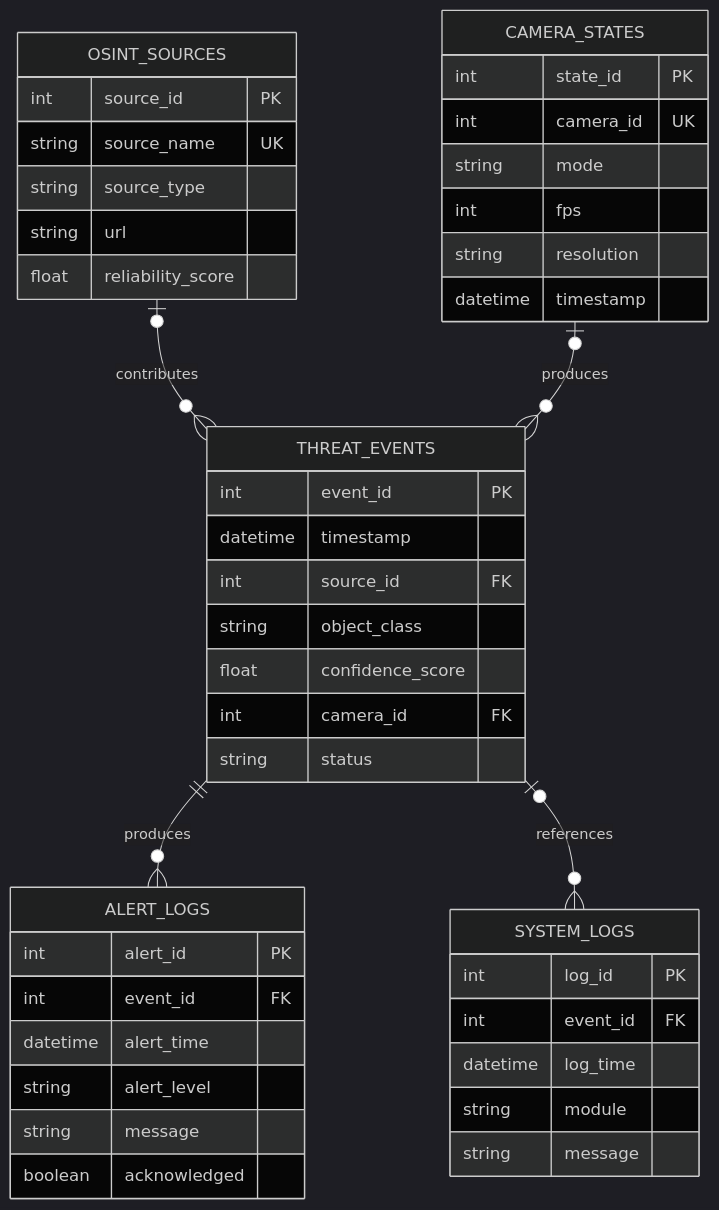
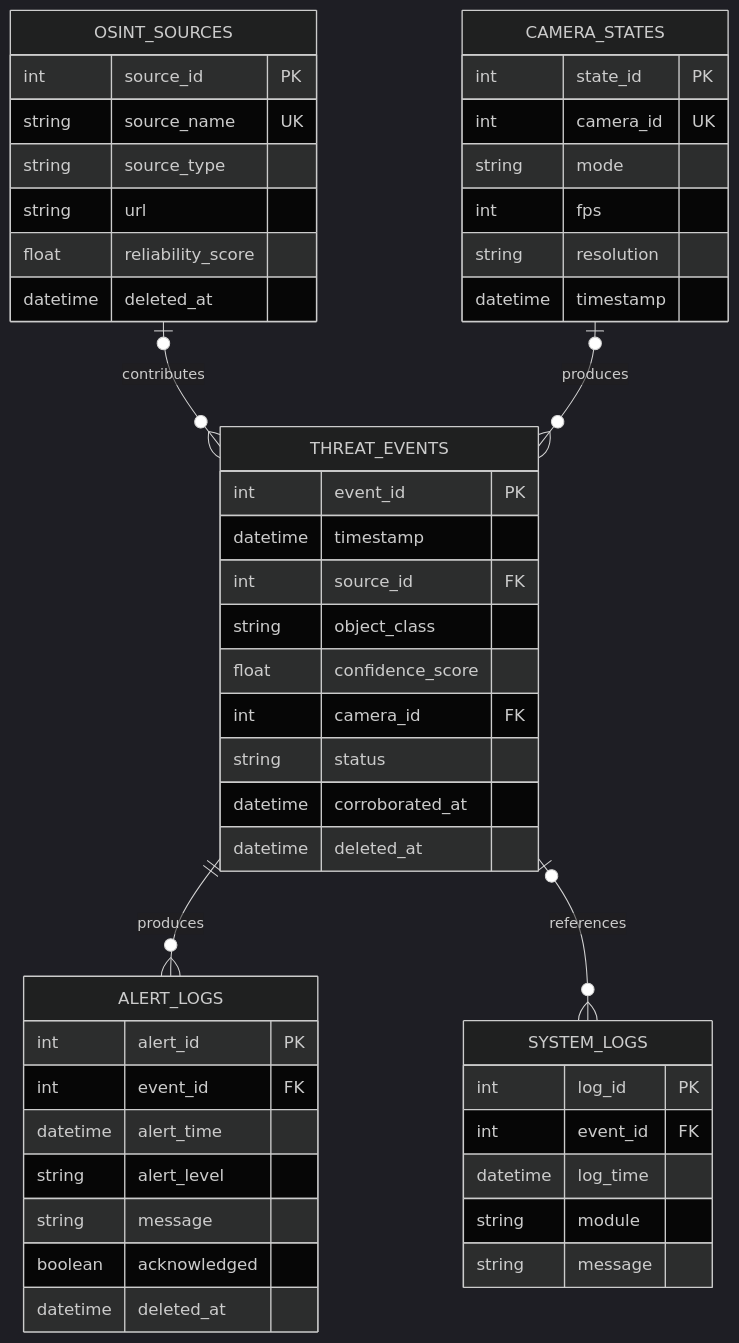
The diagram in backend/DATABASE_DESIGN.md (aimanahmed495-max/ProjectHeimdall), drawn with Mermaid (dark theme) before and after one commit. The commit also changed other lines of this file and 7 other files, not shown here.

````diff
--- a/backend/DATABASE_DESIGN.md
+++ b/backend/DATABASE_DESIGN.md
@@ -11,51 +11,56 @@
 ```mermaid
 erDiagram
     OSINT_SOURCES o|--o{ THREAT_EVENTS : contributes
     CAMERA_STATES o|--o{ THREAT_EVENTS : produces
     THREAT_EVENTS ||--o{ ALERT_LOGS : produces
     THREAT_EVENTS o|--o{ SYSTEM_LOGS : references
 
+
     OSINT_SOURCES {
         int source_id PK
         string source_name UK
         string source_type
         string url
         float reliability_score
+        datetime deleted_at
     }
 
     CAMERA_STATES {
         int state_id PK
         int camera_id UK
         string mode
         int fps
         string resolution
         datetime timestamp
     }
 
     THREAT_EVENTS {
         int event_id PK
         datetime timestamp
         int source_id FK
         string object_class
         float confidence_score
         int camera_id FK
         string status
+        datetime corroborated_at
+        datetime deleted_at
     }
 
     ALERT_LOGS {
         int alert_id PK
         int event_id FK
         datetime alert_time
         string alert_level
         string message
         boolean acknowledged
+        datetime deleted_at
     }
 
     SYSTEM_LOGS {
         int log_id PK
         int event_id FK
         datetime log_time
         string module
         string message
     }
 ```
````
